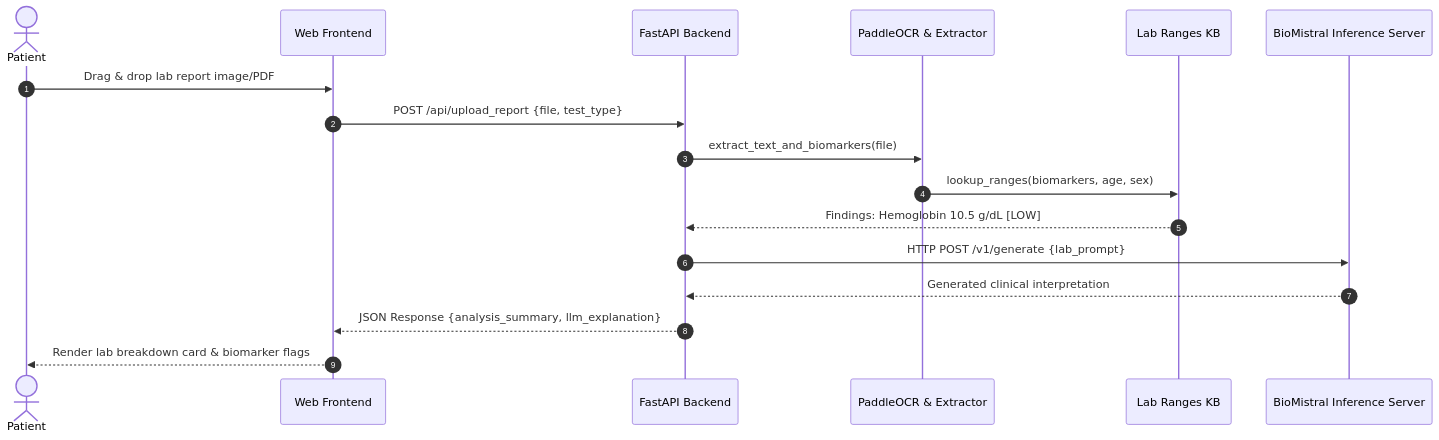
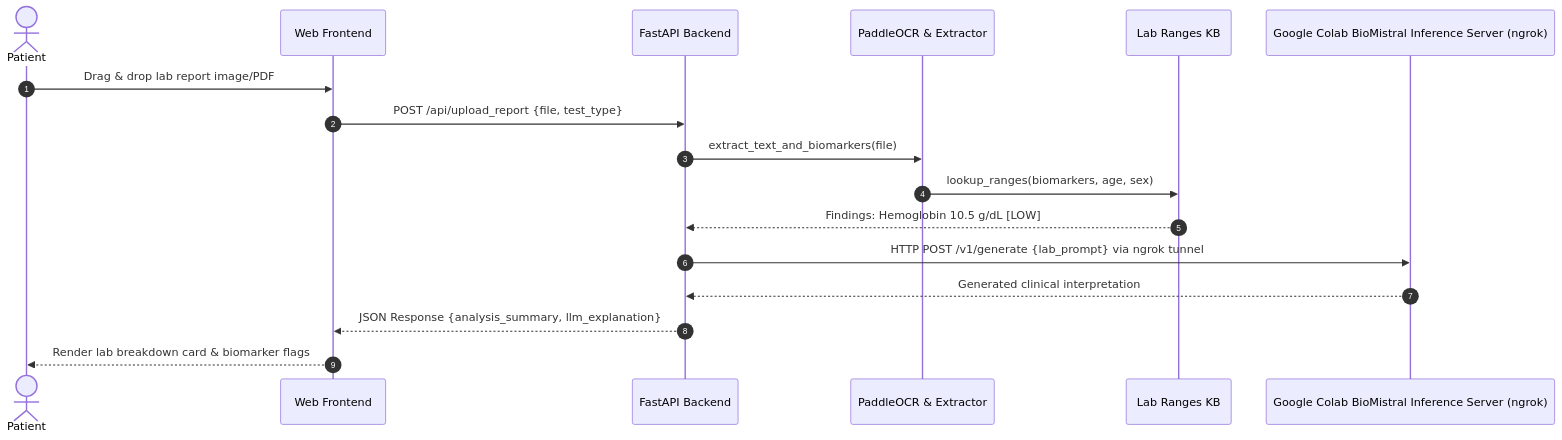
The fourth of 5 diagrams in README.md (VaibhavK762/ai-telemedicine-chatbot), drawn with Mermaid before and after one commit. The commit also changed other lines of this file, not shown here.

````diff
--- a/README.md
+++ b/README.md
@@ -130,20 +130,20 @@
 ```mermaid
 sequenceDiagram
     autonumber
     actor User as Patient
     participant FE as Web Frontend
     participant BE as FastAPI Backend
     participant OCR as PaddleOCR & Extractor
     participant KB as Lab Ranges KB
-    participant LLM as BioMistral Inference Server
+    participant LLM as Google Colab BioMistral Inference Server (ngrok)
 
     User->>FE: Drag & drop lab report image/PDF
     FE->>BE: POST /api/upload_report {file, test_type}
     BE->>OCR: extract_text_and_biomarkers(file)
     OCR->>KB: lookup_ranges(biomarkers, age, sex)
     KB-->>BE: Findings: Hemoglobin 10.5 g/dL [LOW]
-    BE->>LLM: HTTP POST /v1/generate {lab_prompt}
+    BE->>LLM: HTTP POST /v1/generate {lab_prompt} via ngrok tunnel
     LLM-->>BE: Generated clinical interpretation
     BE-->>FE: JSON Response {analysis_summary, llm_explanation}
     FE-->>User: Render lab breakdown card & biomarker flags
 ```
````
